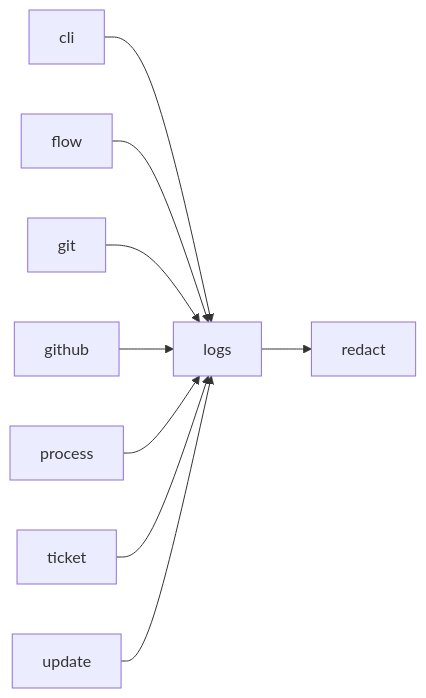
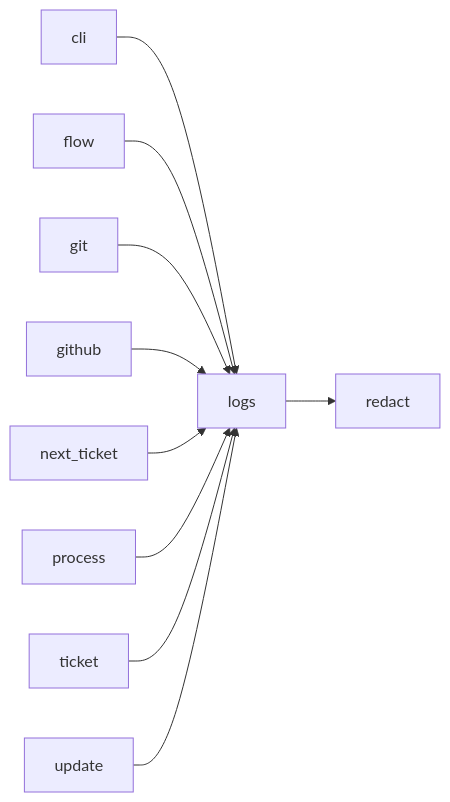
The third of 3 diagrams in docs/architecture/modules/logs.md (plaplanche/ariane), drawn with Mermaid before and after one commit. The commit also changed 42 other files, not shown here.

Commit message:
#223: ariane next: propose the next ticket that can start safely next to the running ones, start it on the owner's confirmation (C11, C22, C23)

````diff
--- a/docs/architecture/modules/logs.md
+++ b/docs/architecture/modules/logs.md
@@ -91,11 +91,12 @@
 ```mermaid
 flowchart LR
   cli --> logs
   flow --> logs
   git --> logs
   github --> logs
   logs --> redact
+  next_ticket --> logs
   process --> logs
   ticket --> logs
   update --> logs
 ```
````
